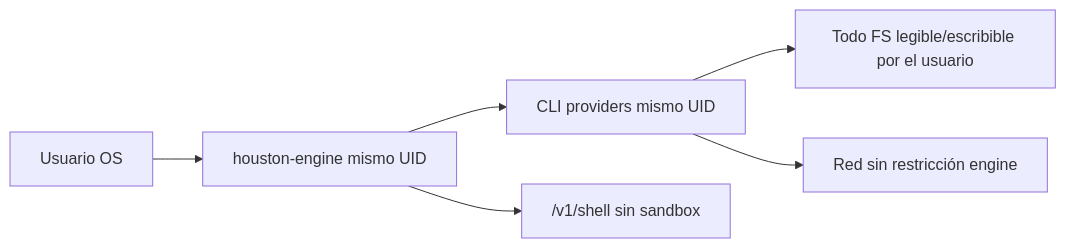
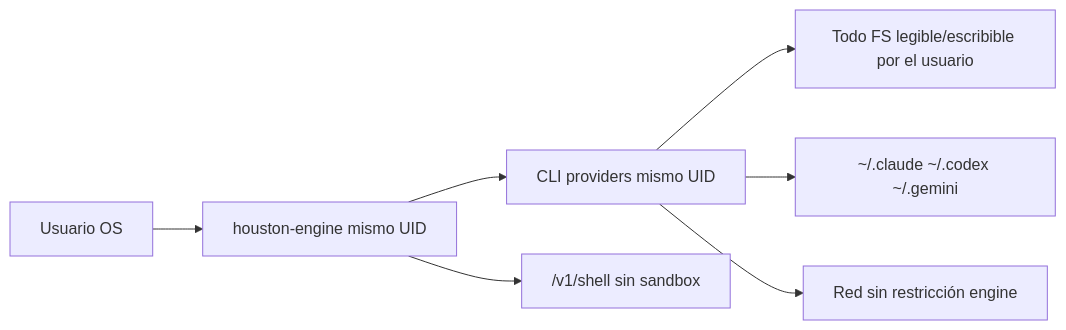
One commit to sebastianvelace/houston changed the second of 5 diagrams in docs/hackathon-agent-orchestration.md. Above: the diagram before and after it, drawn with Mermaid. The commit also changed other lines of this file, not shown here.

````diff
--- a/docs/hackathon-agent-orchestration.md
+++ b/docs/hackathon-agent-orchestration.md
@@ -219,8 +298,9 @@
 ```mermaid
 flowchart LR
     USER[Usuario OS] --> ENGINE[houston-engine mismo UID]
     ENGINE --> CLI[CLI providers mismo UID]
     CLI --> FS["Todo FS legible/escribible por el usuario"]
+    CLI --> CREDS["~/.claude ~/.codex ~/.gemini"]
     CLI --> NET[Red sin restricción engine]
     ENGINE --> SHELL["/v1/shell sin sandbox"]
 ```
````
